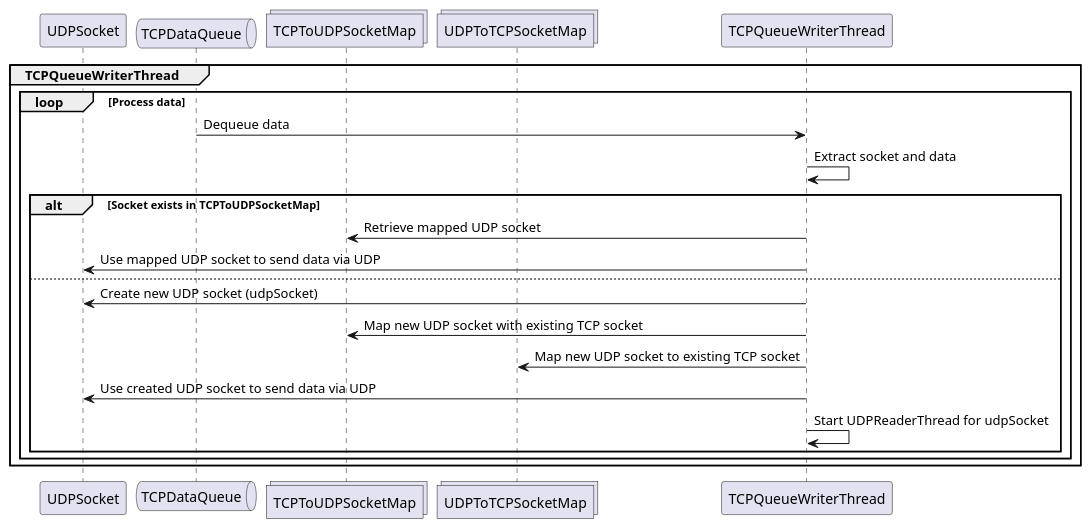
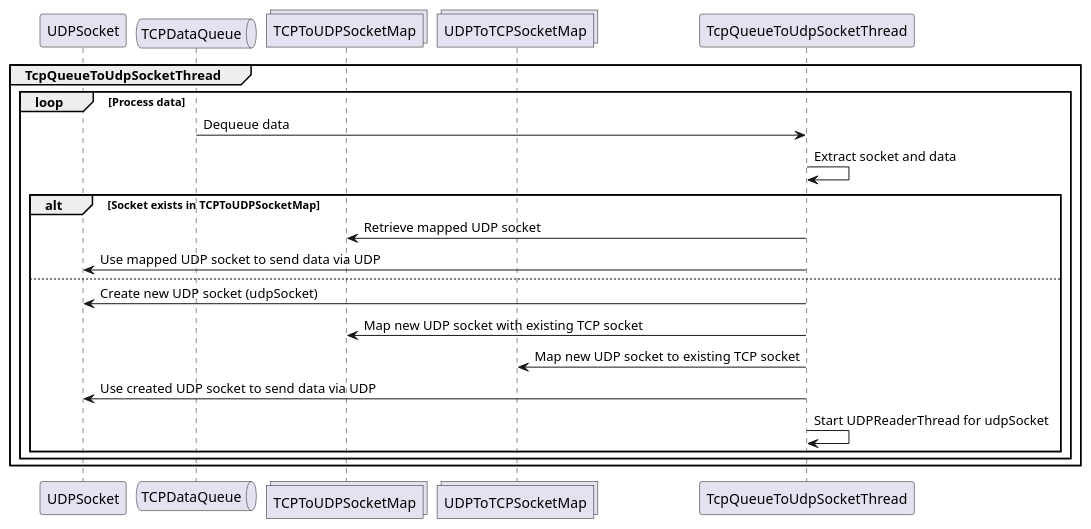
Before and after one commit to xiguichen/tcpudp: the third of 6 diagrams in doc/server.md, drawn with PlantUML. The commit also changed other lines of this file, not shown here.

```diff
--- a/doc/server.md
+++ b/doc/server.md
@@ -69,24 +46,24 @@
 @startuml
 participant UDPSocket
 queue TCPDataQueue
 collections TCPToUDPSocketMap
 collections UDPToTCPSocketMap
 
-group TCPQueueWriterThread
+group TcpQueueToUdpSocketThread
     loop Process data
-        TCPDataQueue -> TCPQueueWriterThread: Dequeue data
-        TCPQueueWriterThread -> TCPQueueWriterThread: Extract socket and data
+        TCPDataQueue -> TcpQueueToUdpSocketThread: Dequeue data
+        TcpQueueToUdpSocketThread -> TcpQueueToUdpSocketThread: Extract socket and data
         alt Socket exists in TCPToUDPSocketMap
-            TCPQueueWriterThread -> TCPToUDPSocketMap: Retrieve mapped UDP socket
-            TCPQueueWriterThread -> UDPSocket: Use mapped UDP socket to send data via UDP
+            TcpQueueToUdpSocketThread -> TCPToUDPSocketMap: Retrieve mapped UDP socket
+            TcpQueueToUdpSocketThread -> UDPSocket: Use mapped UDP socket to send data via UDP
         else
-            TCPQueueWriterThread -> UDPSocket: Create new UDP socket (udpSocket)
-            TCPQueueWriterThread -> TCPToUDPSocketMap: Map new UDP socket with existing TCP socket
-            TCPQueueWriterThread -> UDPToTCPSocketMap: Map new UDP socket to existing TCP socket
-            TCPQueueWriterThread -> UDPSocket: Use created UDP socket to send data via UDP
-            TCPQueueWriterThread -> TCPQueueWriterThread: Start UDPReaderThread for udpSocket
+            TcpQueueToUdpSocketThread -> UDPSocket: Create new UDP socket (udpSocket)
+            TcpQueueToUdpSocketThread -> TCPToUDPSocketMap: Map new UDP socket with existing TCP socket
+            TcpQueueToUdpSocketThread -> UDPToTCPSocketMap: Map new UDP socket to existing TCP socket
+            TcpQueueToUdpSocketThread -> UDPSocket: Use created UDP socket to send data via UDP
+            TcpQueueToUdpSocketThread -> TcpQueueToUdpSocketThread: Start UDPReaderThread for udpSocket
         end
     end
 end
 
 @enduml
```
